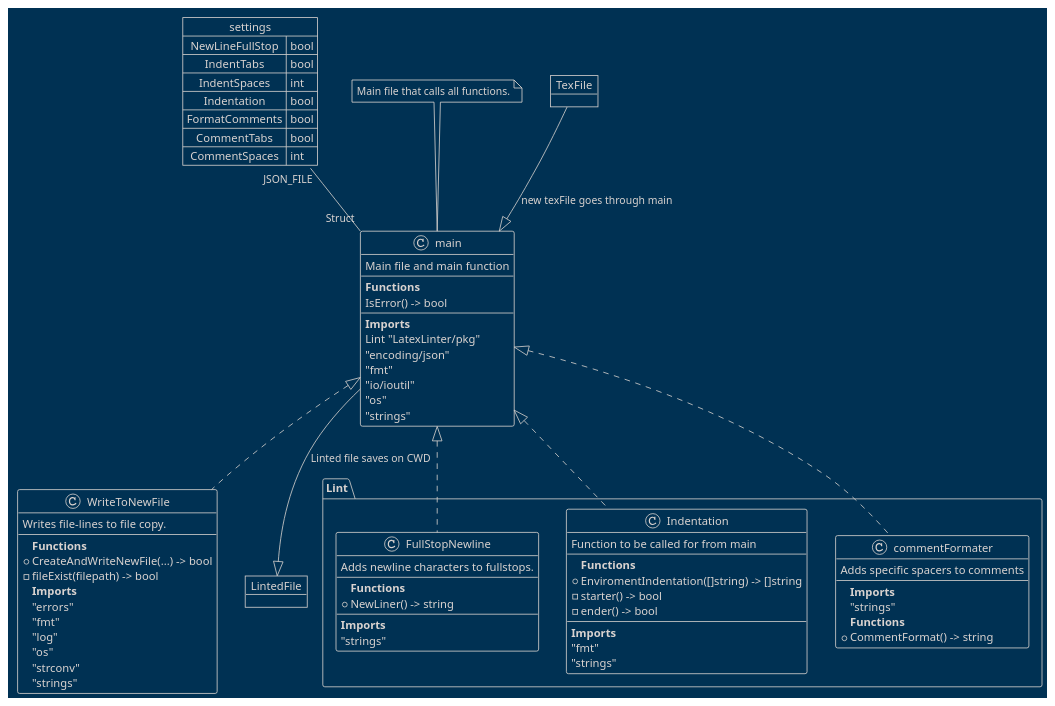
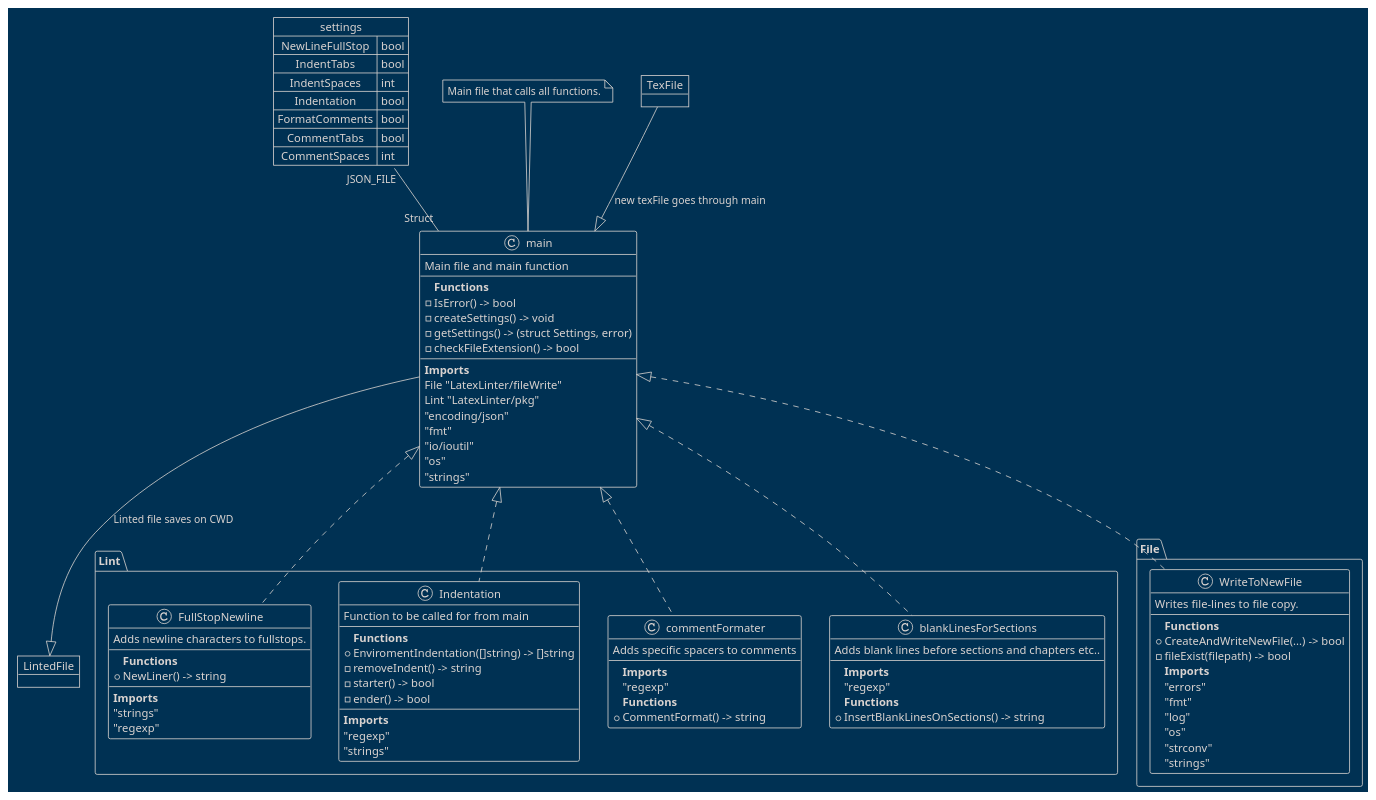
Before and after one commit to Joppps/PA1456-LaTeX-Linter: the diagram in uml.puml, drawn with PlantUML. The commit also changed 5 other files, not shown here.

Commit message:
added some tests and updated readme + uml diagram.

```diff
--- a/uml.puml
+++ b/uml.puml
@@ -1,95 +1,111 @@
 @startuml
 !theme blueprint
 
 package Lint {
 
 class FullStopNewline{
 Adds newline characters to fullstops.
 --
 **Functions**
 +NewLiner() -> string
 --
 **Imports**
 "strings"
+"regexp"
 }
 
 class Indentation{
 Function to be called for from main
 --
 **Functions**
 +EnviromentIndentation([]string) -> []string
+-removeIndent() -> string
 -starter() -> bool
 -ender() -> bool
 --
 **Imports**
-"fmt"
+"regexp"
 "strings"
 }
 
 class commentFormater {
  Adds specific spacers to comments
 --
 **Imports**
-"strings"
+"regexp"
 **Functions**
 +CommentFormat() -> string
 }
 
+class blankLinesForSections {
+ Adds blank lines before sections and chapters etc..
+--
+**Imports**
+"regexp"
+**Functions**
++InsertBlankLinesOnSections() -> string
 }
 
+}
 
+package File {
 class WriteToNewFile {
 Writes file-lines to file copy.
 --
 **Functions**
 +CreateAndWriteNewFile(...) -> bool
 -fileExist(filepath) -> bool
 **Imports**
 "errors"
 "fmt"
 "log"
 "os"
 "strconv"
 "strings"
 }
-
+}
 map settings {
 	NewLineFullStop => bool
 	IndentTabs => bool
 	IndentSpaces => int
 	Indentation => bool
 	FormatComments => bool
 	CommentTabs => bool
 	CommentSpaces => int
 }
 
 
 class main {
 Main file and main function
 --
 **Functions**
-IsError() -> bool
+-IsError() -> bool
+-createSettings() -> void
+-getSettings() -> (struct Settings, error)
+-checkFileExtension() -> bool
 --
 **Imports**
+File "LatexLinter/fileWrite"
 Lint "LatexLinter/pkg"
 "encoding/json"
 "fmt"
 "io/ioutil"
 "os"
 "strings"
 }
 
 
 
 note top of main : Main file that calls all functions.
 
 object TexFile
 object LintedFile
 settings "JSON_FILE"--"Struct" main
 main <|.. Indentation
 main <|.. commentFormater
 main <|.. WriteToNewFile
 TexFile --|> main : new texFile goes through main
 main --|> LintedFile : Linted file saves on CWD
 main <|.. FullStopNewline
+main <|.. blankLinesForSections
 @enduml
```
